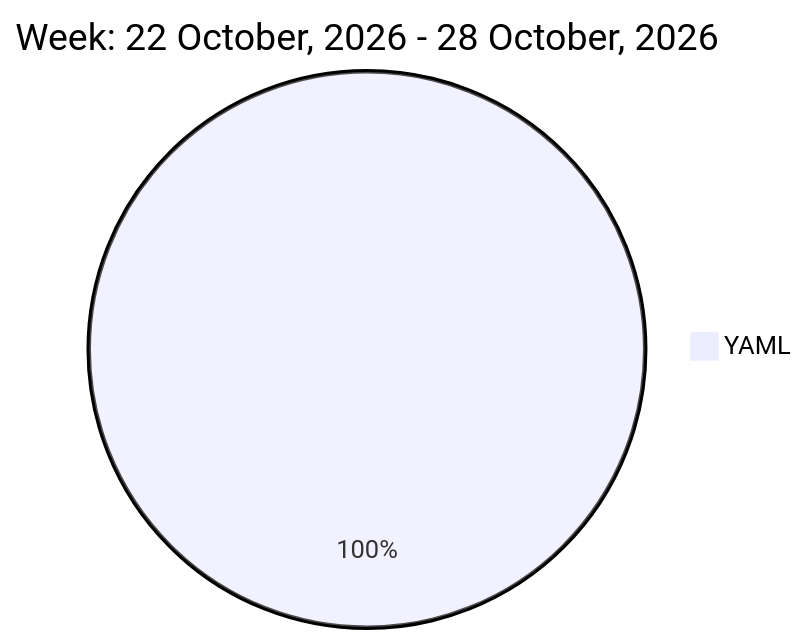
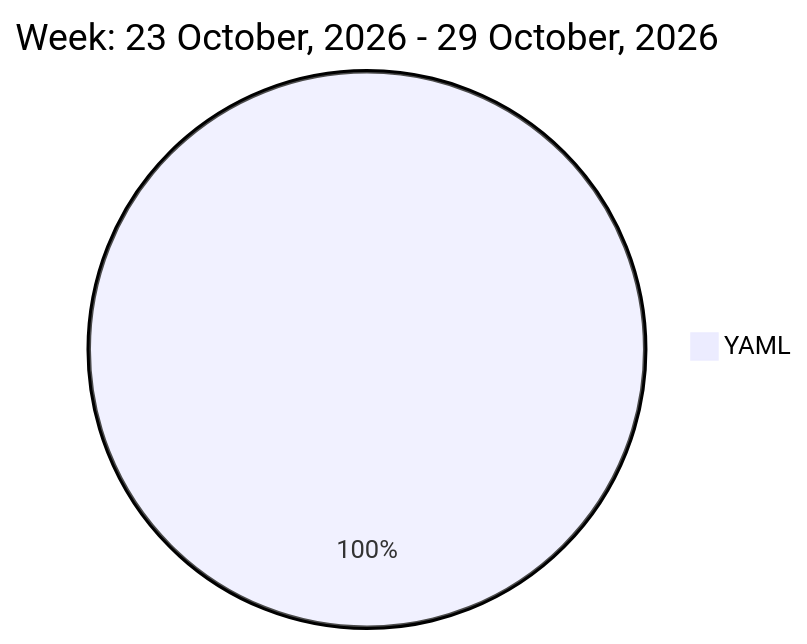
The diagram in README.md (liubin95/liubin95), drawn with Mermaid before and after one commit.

Commit message:
Updated the Graph with new Metrics

````diff
--- a/README.md
+++ b/README.md
@@ -32,5 +32,5 @@
 ```mermaid
  pie
-title Week: 22 October, 2026 - 28 October, 2026
- "YAML" : 3.8
+title Week: 23 October, 2026 - 29 October, 2026
+ "YAML" : 4.03
 ```
````
